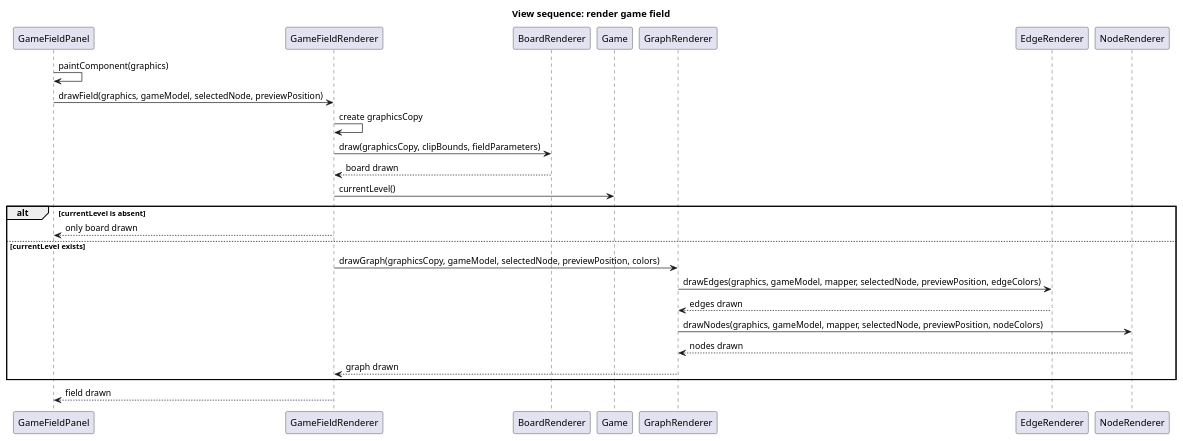
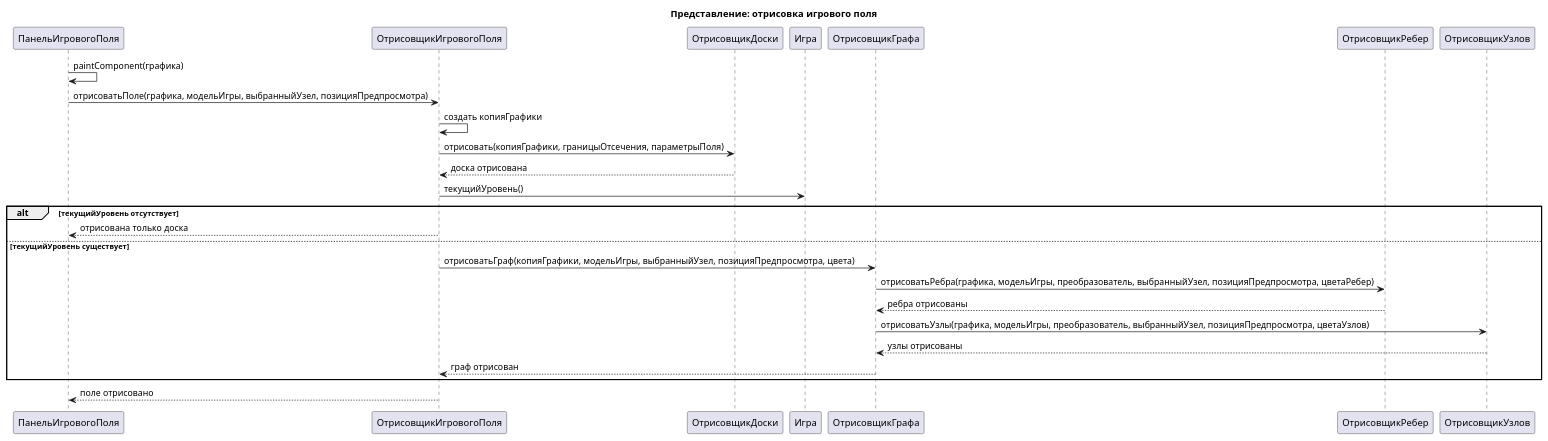
The diagram in diagrams/View sequence diagrams/04 Render game field.puml (dmitriyBreyfogel/Untangle), drawn with PlantUML before and after one commit. The commit also changed 21 other files, not shown here.

Commit message:
[diagrams] Переведены PlantUML диаграммы на русский

```diff
--- a/diagrams/View sequence diagrams/04 Render game field.puml
+++ b/diagrams/View sequence diagrams/04 Render game field.puml
@@ -1,30 +1,30 @@
 @startuml
-title View sequence: render game field
+title Представление: отрисовка игрового поля
 
-participant "GameFieldPanel" as GameFieldPanel
-participant "GameFieldRenderer" as GameFieldRenderer
-participant "BoardRenderer" as BoardRenderer
-participant "Game" as Game
-participant "GraphRenderer" as GraphRenderer
-participant "EdgeRenderer" as EdgeRenderer
-participant "NodeRenderer" as NodeRenderer
+participant "ПанельИгровогоПоля" as ПанельИгровогоПоля
+participant "ОтрисовщикИгровогоПоля" as ОтрисовщикИгровогоПоля
+participant "ОтрисовщикДоски" as ОтрисовщикДоски
+participant "Игра" as Игра
+participant "ОтрисовщикГрафа" as ОтрисовщикГрафа
+participant "ОтрисовщикРебер" as ОтрисовщикРебер
+participant "ОтрисовщикУзлов" as ОтрисовщикУзлов
 
-GameFieldPanel -> GameFieldPanel : paintComponent(graphics)
-GameFieldPanel -> GameFieldRenderer : drawField(graphics, gameModel, selectedNode, previewPosition)
-GameFieldRenderer -> GameFieldRenderer : create graphicsCopy
-GameFieldRenderer -> BoardRenderer : draw(graphicsCopy, clipBounds, fieldParameters)
-BoardRenderer --> GameFieldRenderer : board drawn
-GameFieldRenderer -> Game : currentLevel()
-alt currentLevel is absent
-    GameFieldRenderer --> GameFieldPanel : only board drawn
-else currentLevel exists
-    GameFieldRenderer -> GraphRenderer : drawGraph(graphicsCopy, gameModel, selectedNode, previewPosition, colors)
-    GraphRenderer -> EdgeRenderer : drawEdges(graphics, gameModel, mapper, selectedNode, previewPosition, edgeColors)
-    EdgeRenderer --> GraphRenderer : edges drawn
-    GraphRenderer -> NodeRenderer : drawNodes(graphics, gameModel, mapper, selectedNode, previewPosition, nodeColors)
-    NodeRenderer --> GraphRenderer : nodes drawn
-    GraphRenderer --> GameFieldRenderer : graph drawn
+ПанельИгровогоПоля -> ПанельИгровогоПоля : paintComponent(графика)
+ПанельИгровогоПоля -> ОтрисовщикИгровогоПоля : отрисоватьПоле(графика, модельИгры, выбранныйУзел, позицияПредпросмотра)
+ОтрисовщикИгровогоПоля -> ОтрисовщикИгровогоПоля : создать копияГрафики
+ОтрисовщикИгровогоПоля -> ОтрисовщикДоски : отрисовать(копияГрафики, границыОтсечения, параметрыПоля)
+ОтрисовщикДоски --> ОтрисовщикИгровогоПоля : доска отрисована
+ОтрисовщикИгровогоПоля -> Игра : текущийУровень()
+alt текущийУровень отсутствует
+    ОтрисовщикИгровогоПоля --> ПанельИгровогоПоля : отрисована только доска
+else текущийУровень существует
+    ОтрисовщикИгровогоПоля -> ОтрисовщикГрафа : отрисоватьГраф(копияГрафики, модельИгры, выбранныйУзел, позицияПредпросмотра, цвета)
+    ОтрисовщикГрафа -> ОтрисовщикРебер : отрисоватьРебра(графика, модельИгры, преобразователь, выбранныйУзел, позицияПредпросмотра, цветаРебер)
+    ОтрисовщикРебер --> ОтрисовщикГрафа : ребра отрисованы
+    ОтрисовщикГрафа -> ОтрисовщикУзлов : отрисоватьУзлы(графика, модельИгры, преобразователь, выбранныйУзел, позицияПредпросмотра, цветаУзлов)
+    ОтрисовщикУзлов --> ОтрисовщикГрафа : узлы отрисованы
+    ОтрисовщикГрафа --> ОтрисовщикИгровогоПоля : граф отрисован
 end
-GameFieldRenderer --> GameFieldPanel : field drawn
+ОтрисовщикИгровогоПоля --> ПанельИгровогоПоля : поле отрисовано
 
 @enduml
```
